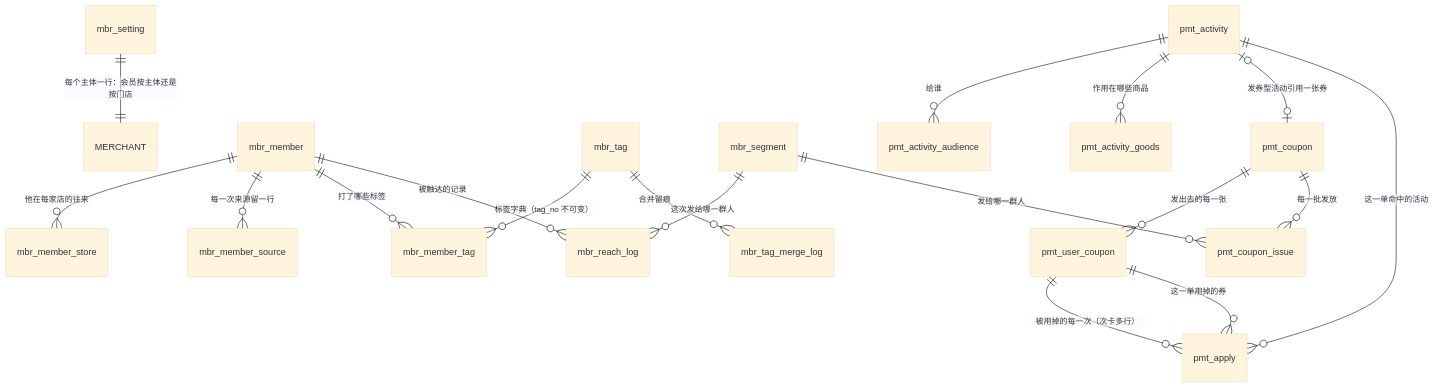
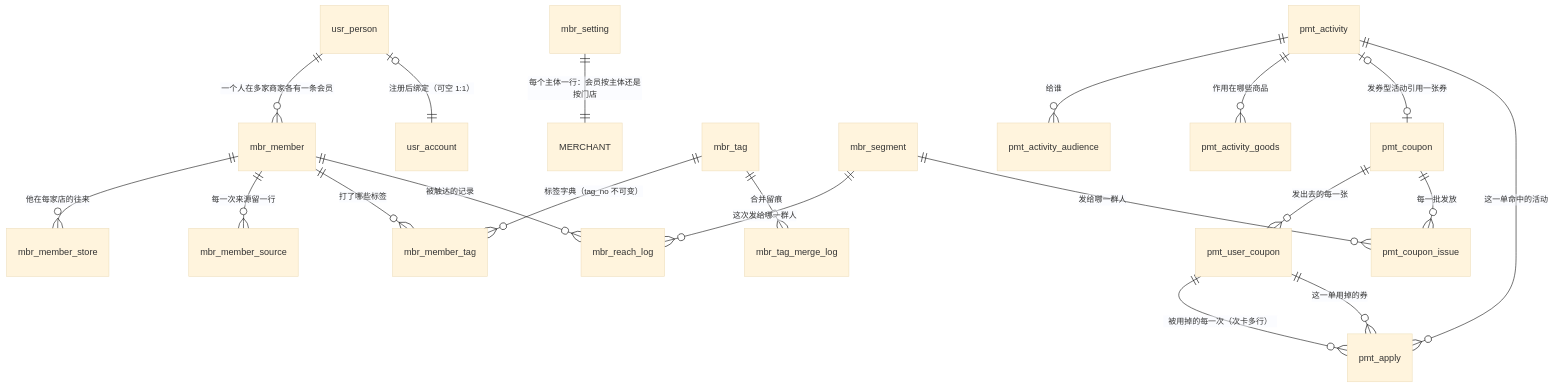
One commit to robinwu2021-code/ai-shop changed the first of 2 diagrams in docs/technical/design/TDD-会员与营销-表结构与对象模型.md. Above: the diagram before and after it, drawn with Mermaid (base theme). The commit also changed other lines of this file and 1 other file, not shown here.

First line of the commit message:
docs(member): 先有平台人档，再有会员 —— 三层身份，并把「线索转正要合并两行」从根上消掉

````diff
--- a/docs/technical/design/TDD-会员与营销-表结构与对象模型.md
+++ b/docs/technical/design/TDD-会员与营销-表结构与对象模型.md
@@ -34,21 +38,23 @@
 ```mermaid
 erDiagram
+    usr_person      ||--o{ mbr_member        : "一个人在多家商家各有一条会员"
+    usr_person      |o--|| usr_account        : "注册后绑定（可空 1:1）"
     mbr_setting     ||--|| MERCHANT       : "每个主体一行：会员按主体还是按门店"
     mbr_member      ||--o{ mbr_member_store  : "他在每家店的往来"
     mbr_member      ||--o{ mbr_member_source : "每一次来源留一行"
     mbr_member      ||--o{ mbr_member_tag    : "打了哪些标签"
     mbr_tag         ||--o{ mbr_member_tag    : "标签字典（tag_no 不可变）"
     mbr_tag         ||--o{ mbr_tag_merge_log : "合并留痕"
     mbr_member      ||--o{ mbr_reach_log     : "被触达的记录"
     mbr_segment     ||--o{ mbr_reach_log     : "这次发给哪一群人"
 
     pmt_activity    ||--o{ pmt_activity_audience : "给谁"
     pmt_activity    ||--o{ pmt_activity_goods   : "作用在哪些商品"
     pmt_activity    |o--o| pmt_coupon           : "发券型活动引用一张券"
     pmt_coupon      ||--o{ pmt_user_coupon      : "发出去的每一张"
     pmt_coupon      ||--o{ pmt_coupon_issue     : "每一批发放"
     mbr_segment     ||--o{ pmt_coupon_issue     : "发给哪一群人"
     pmt_user_coupon ||--o{ pmt_apply            : "被用掉的每一次（次卡多行）"
     pmt_apply       }o--|| pmt_activity         : "这一单命中的活动"
     pmt_apply       }o--|| pmt_user_coupon      : "这一单用掉的券"
 ```
````
